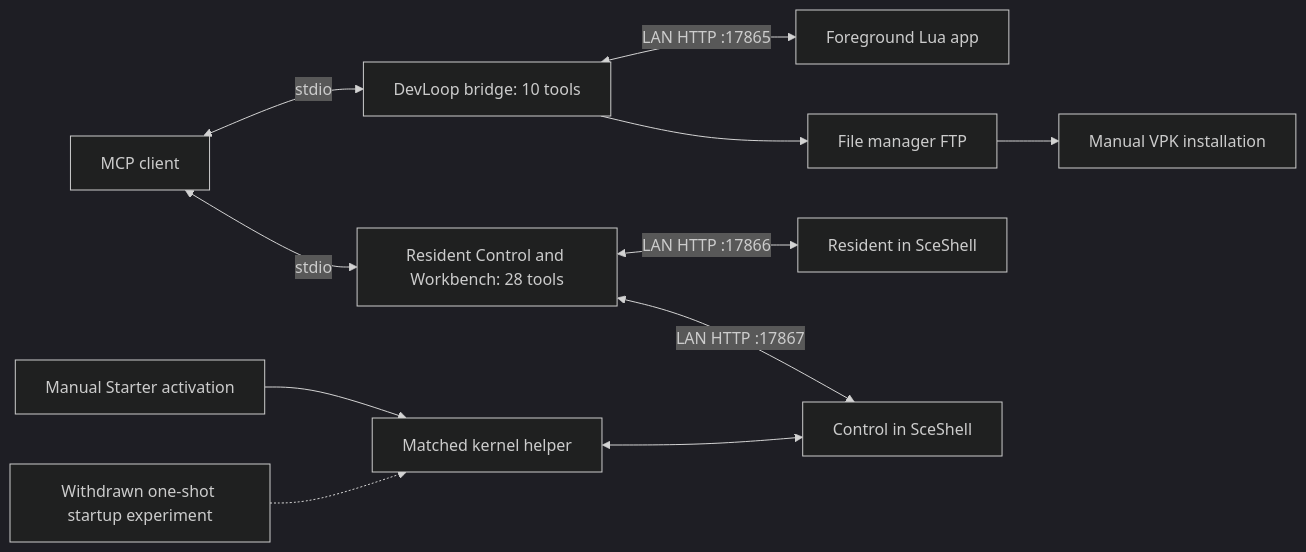
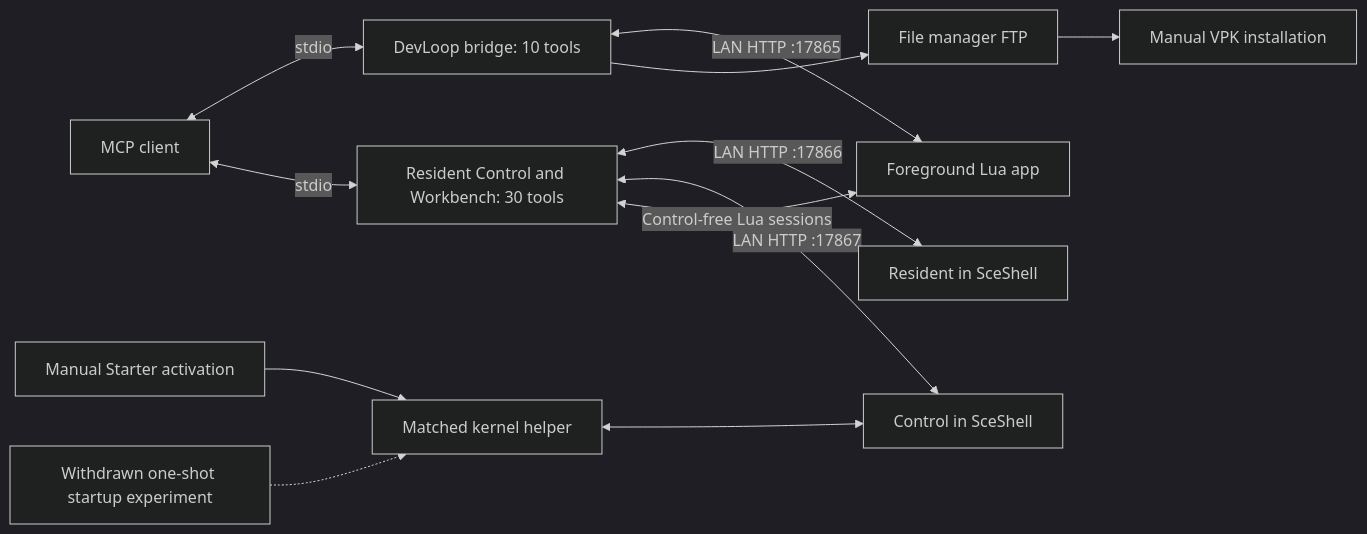
Before and after one commit to LeiterConsulting/ps-vita-mcp: the diagram in README.md, drawn with Mermaid (dark theme). The commit also changed other lines of this file and 30 other files, not shown here.

Commit message:
Add verified Control-free Lua iteration sessions

````diff
--- a/README.md
+++ b/README.md
@@ -77,13 +89,14 @@
 ```mermaid
 flowchart LR
     Client[MCP client] <-->|stdio| DevBridge[DevLoop bridge: 10 tools]
-    Client <-->|stdio| Background[Resident Control and Workbench: 28 tools]
+    Client <-->|stdio| Background[Resident Control and Workbench: 30 tools]
     DevBridge <-->|LAN HTTP :17865| DevLoop[Foreground Lua app]
     Background <-->|LAN HTTP :17866| Resident[Resident in SceShell]
     Background <-->|LAN HTTP :17867| Control[Control in SceShell]
+    Background <-->|Control-free Lua sessions| DevLoop
     Starter[Manual Starter activation] --> Kernel[Matched kernel helper]
     Auto[Withdrawn one-shot startup experiment] -.-> Kernel
     Kernel <--> Control
     DevBridge --> FTP[File manager FTP]
     FTP --> Install[Manual VPK installation]
 ```
````
